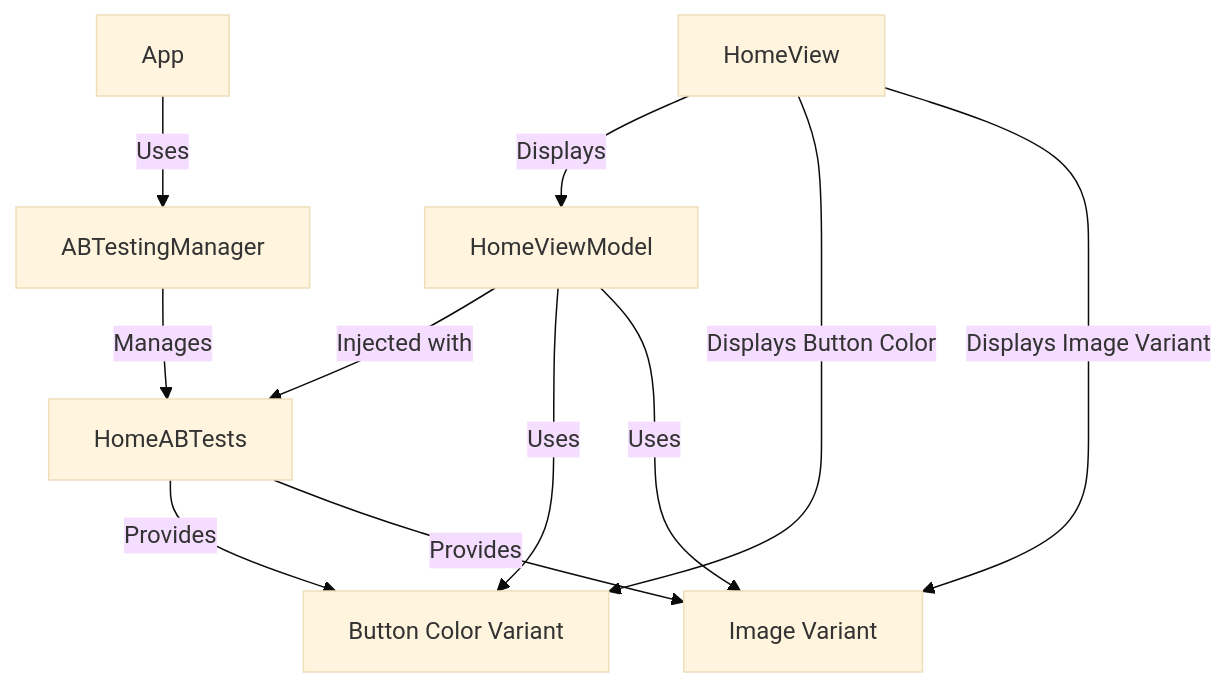
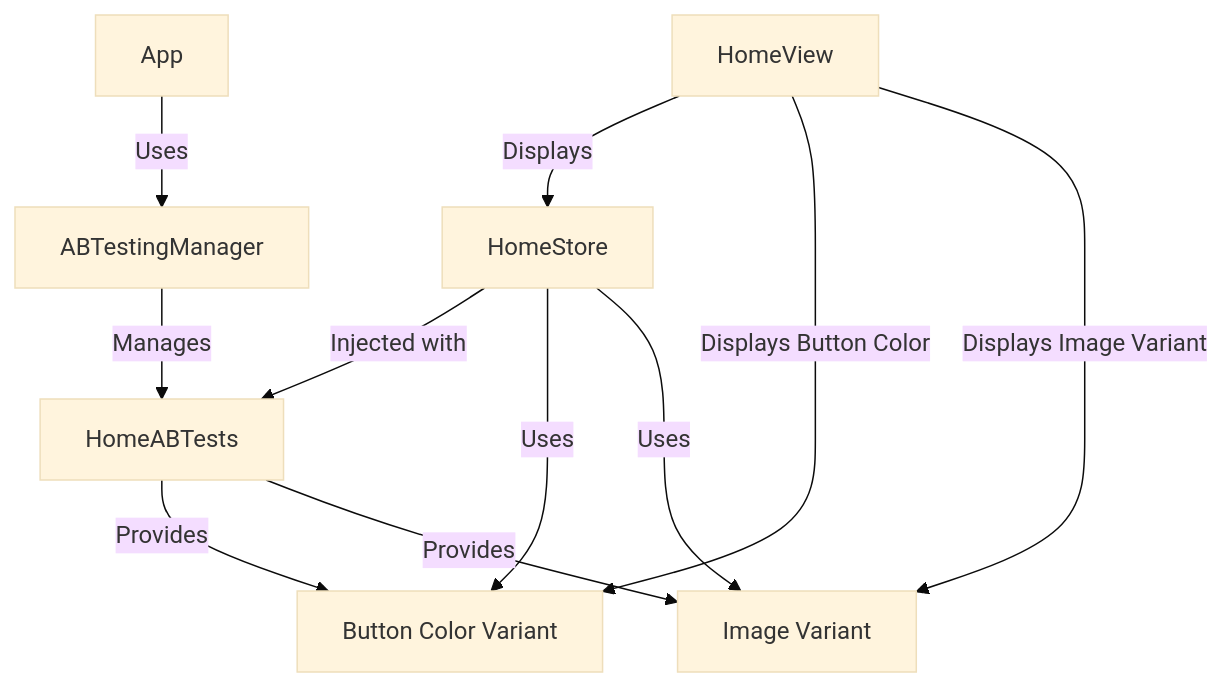
The diagram in Readme.md (AntonRomanchuk/ABTestManager), drawn with Mermaid (base theme) before and after one commit.

````diff
--- a/Readme.md
+++ b/Readme.md
@@ -7,16 +7,16 @@
 ```mermaid
 graph TD;
     A[App] -->|Uses| B[ABTestingManager]
     B -->|Manages| C[HomeABTests]
     C -->|Provides| F[Button Color Variant]
     C -->|Provides| G[Image Variant]
     
-    P[HomeViewModel] -->|Injected with| C
+    P[HomeStore] -->|Injected with| C
     R[HomeView] -->|Displays| P
     
     P -->|Uses| F
     P -->|Uses| G
     
     R -->|Displays Button Color| F
     R -->|Displays Image Variant| G
 ```
````
